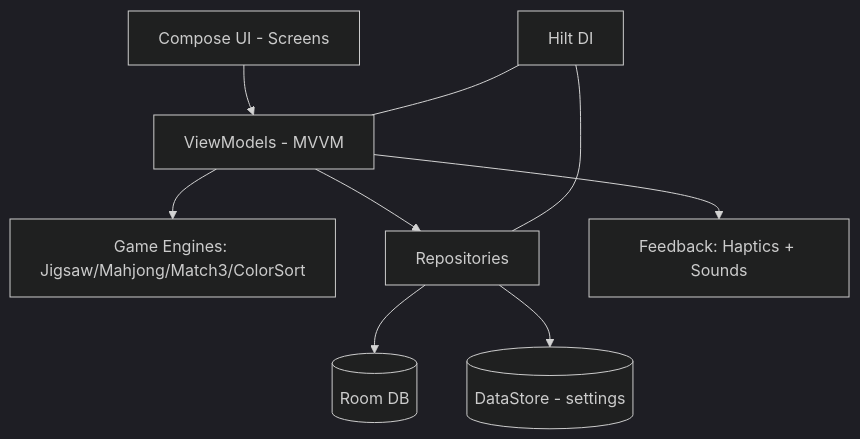
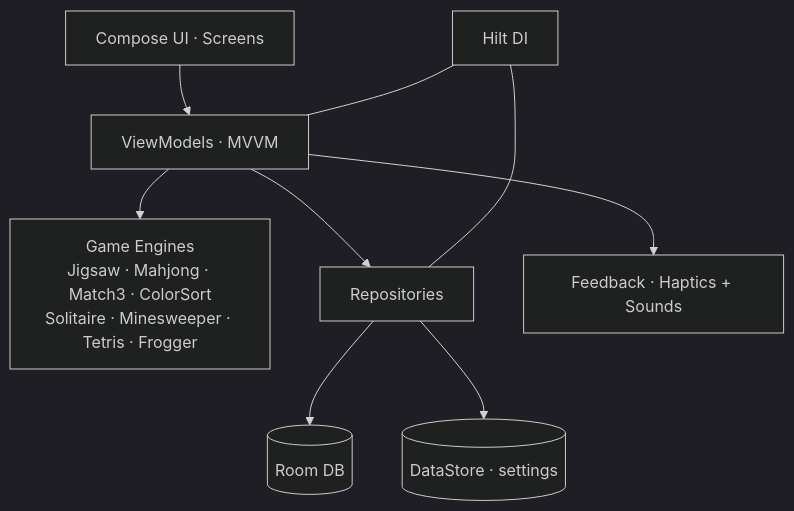
One commit to caioross/FatimaGames changed the diagram in README.md. Above: the diagram before and after it, drawn with Mermaid (dark theme). The commit also changed other lines of this file, not shown here.

````diff
--- a/README.md
+++ b/README.md
@@ -110,11 +134,11 @@
 ```mermaid
 flowchart TD
-    UI[Compose UI - Screens] --> VM[ViewModels - MVVM]
-    VM --> ENG[Game Engines: Jigsaw/Mahjong/Match3/ColorSort]
+    UI[Compose UI · Screens] --> VM[ViewModels · MVVM]
+    VM --> ENG["Game Engines<br/>Jigsaw · Mahjong · Match3 · ColorSort<br/>Solitaire · Minesweeper · Tetris · Frogger"]
     VM --> REPO[Repositories]
     REPO --> ROOM[(Room DB)]
-    REPO --> DS[(DataStore - settings)]
+    REPO --> DS[(DataStore · settings)]
     HILT[Hilt DI] --- VM
     HILT --- REPO
-    VM --> FB[Feedback: Haptics + Sounds]
+    VM --> FB[Feedback · Haptics + Sounds]
 ```
````
